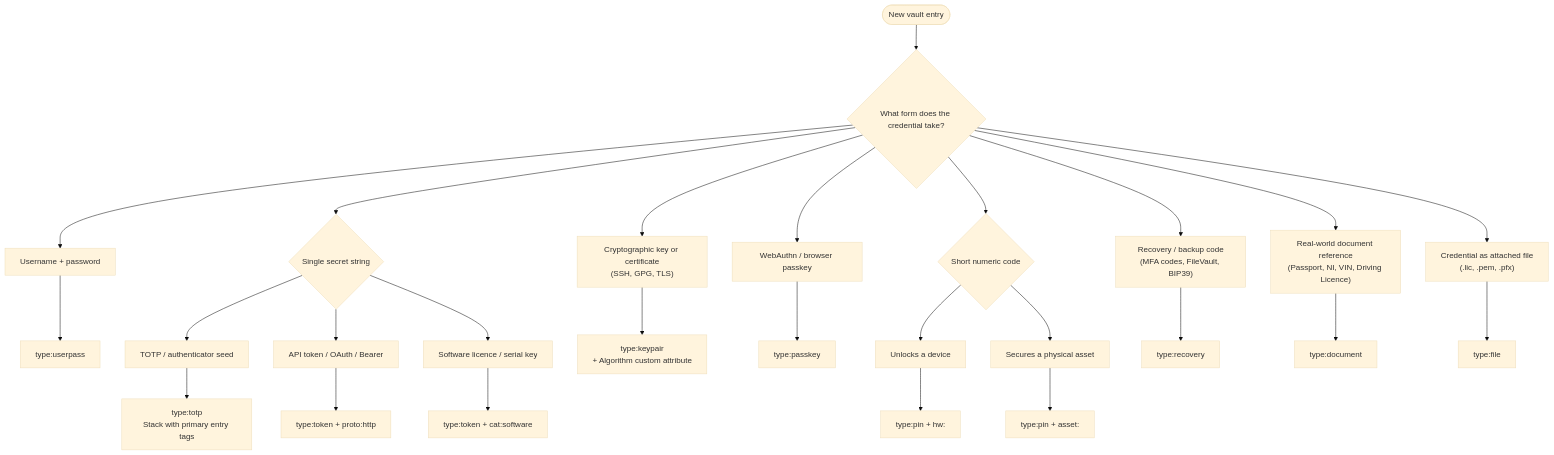
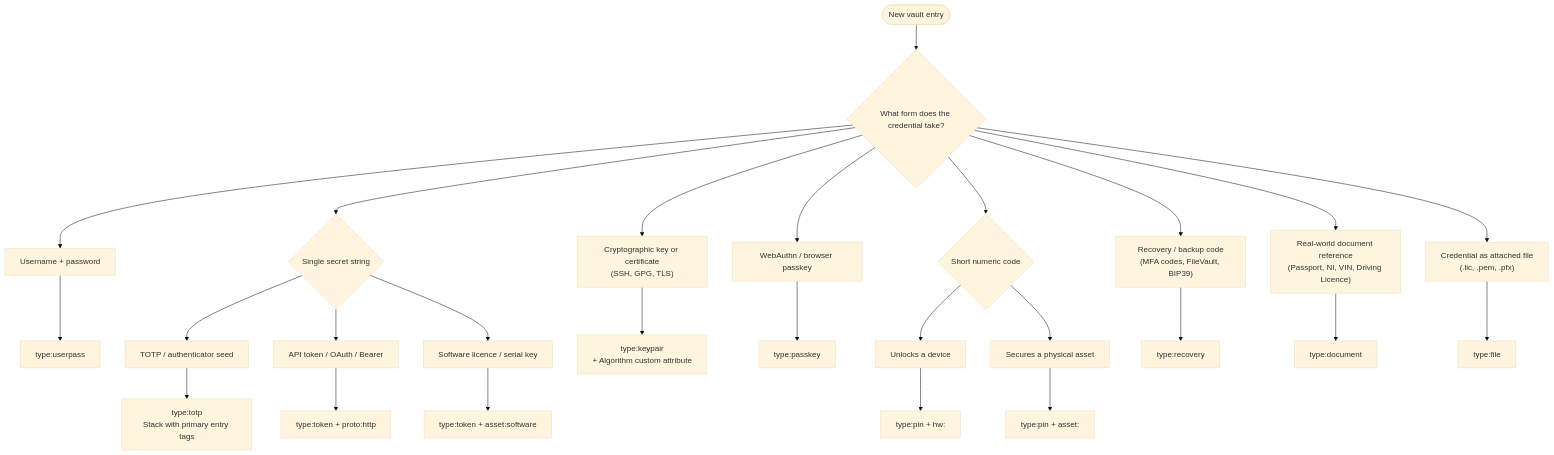
The diagram in .github/skills/classification-keyvaults/SKILL.md (warpcode/dotfiles), drawn with Mermaid (base theme) before and after one commit. The commit also changed other lines of this file, not shown here.

Commit message:
docs: rename cat:software to asset:software

````diff
--- a/.github/skills/classification-keyvaults/SKILL.md
+++ b/.github/skills/classification-keyvaults/SKILL.md
@@ -42,36 +42,36 @@
 ```mermaid
 flowchart TD
     A([New vault entry]) --> B{What form does the credential take?}
 
     B --> UP["Username + password"]
     UP --> C[type:userpass]
 
     B --> STR{Single secret string}
     STR --> T1["TOTP / authenticator seed"]
     T1 --> D["type:totp\nStack with primary entry tags"]
     STR --> T2["API token / OAuth / Bearer"]
     T2 --> E["type:token + proto:http"]
     STR --> T3["Software licence / serial key"]
-    T3 --> F["type:token + cat:software"]
+    T3 --> F["type:token + asset:software"]
 
     B --> KP["Cryptographic key or certificate\n(SSH, GPG, TLS)"]
     KP --> G["type:keypair\n+ Algorithm custom attribute"]
 
     B --> PK["WebAuthn / browser passkey"]
     PK --> H[type:passkey]
 
     B --> PIN{Short numeric code}
     PIN --> P1["Unlocks a device"]
     P1 --> I["type:pin + hw:"]
     PIN --> P2["Secures a physical asset"]
     P2 --> J["type:pin + asset:"]
 
     B --> REC["Recovery / backup code\n(MFA codes, FileVault, BIP39)"]
     REC --> K[type:recovery]
 
     B --> DOC["Real-world document reference\n(Passport, NI, VIN, Driving Licence)"]
     DOC --> L[type:document]
 
     B --> FILE["Credential as attached file\n(.lic, .pem, .pfx)"]
     FILE --> M[type:file]
 ```
````
